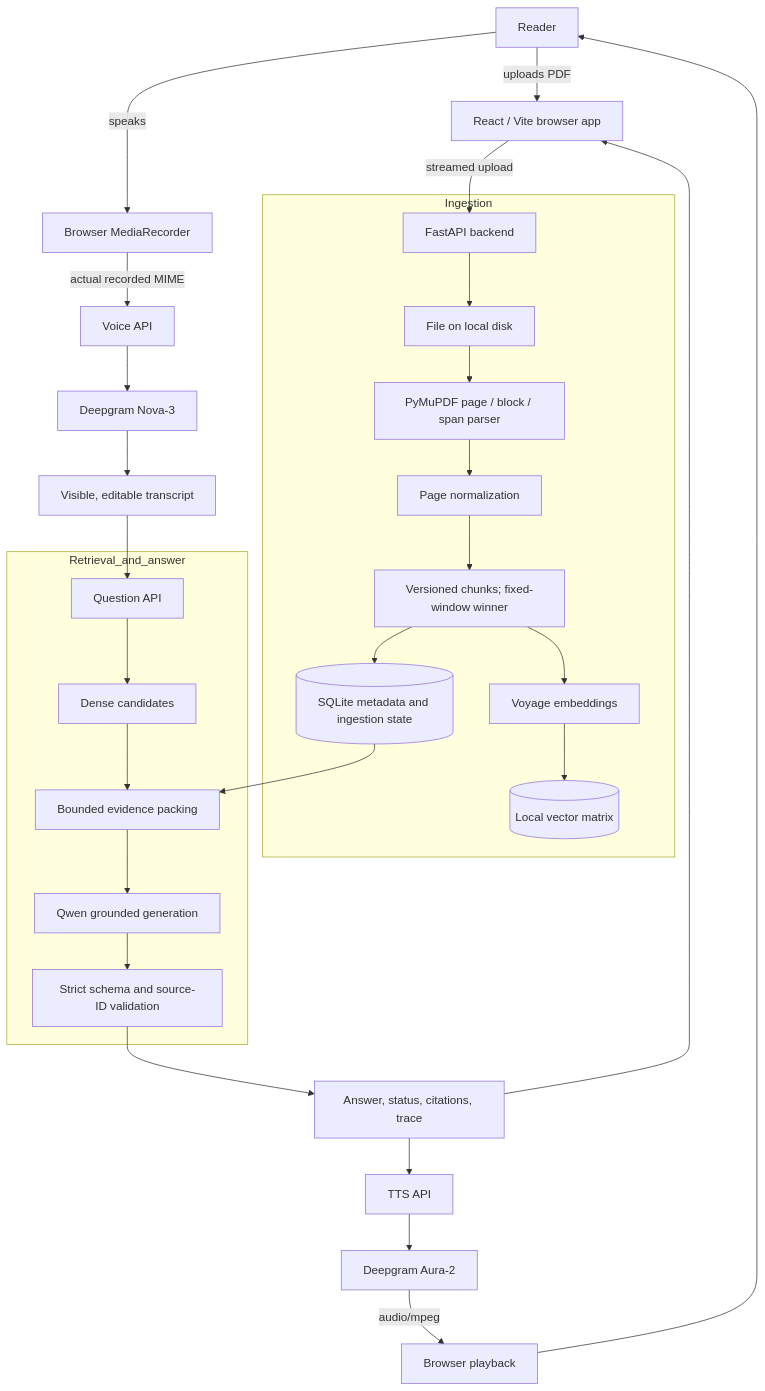
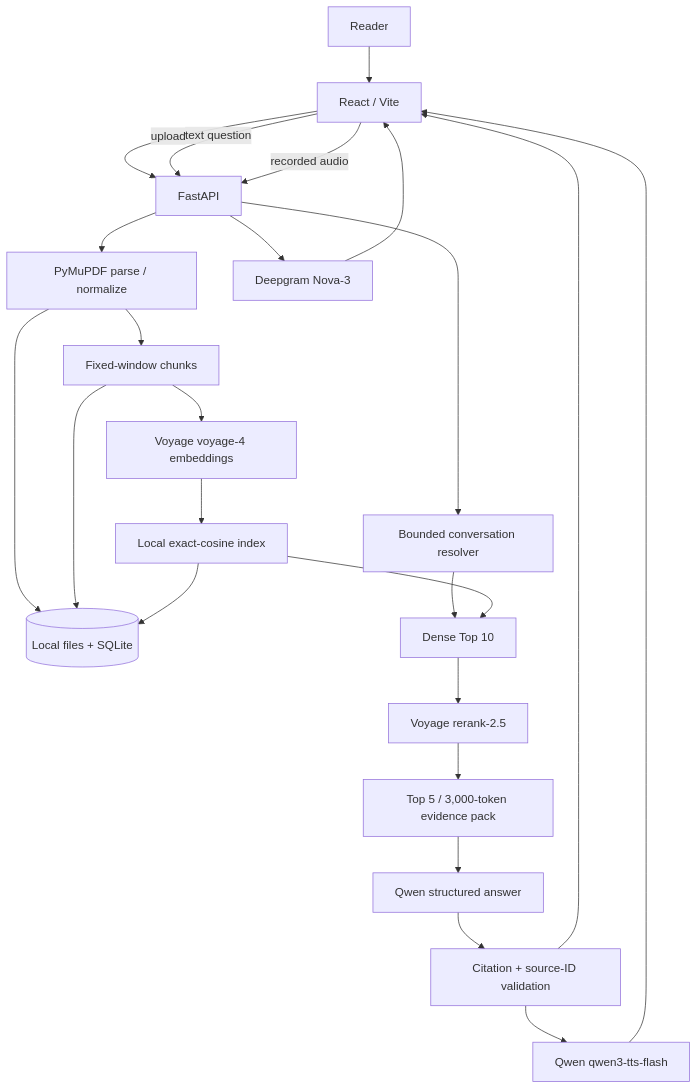
Before and after one commit to ccccjnnnn/wiz-ai-voice-book-qa: the diagram in docs/ARCHITECTURE.md, drawn with Mermaid. The commit also changed other lines of this file and 3 other files, not shown here.

````diff
--- a/docs/ARCHITECTURE.md
+++ b/docs/ARCHITECTURE.md
@@ -11,36 +7,30 @@
 ```mermaid
 flowchart TD
-    U[Reader] -->|uploads PDF| FE[React / Vite browser app]
-    FE -->|streamed upload| API[FastAPI backend]
+    USER[Reader]
+    FE[React / Vite]
+    API[FastAPI]
+    STORE[(Local files + SQLite)]
+    PARSE[PyMuPDF parse / normalize]
+    CHUNK[Fixed-window chunks]
+    EMB[Voyage voyage-4 embeddings]
+    INDEX[Local exact-cosine index]
+    RES[Bounded conversation resolver]
+    DENSE[Dense Top 10]
+    RERANK[Voyage rerank-2.5]
+    PACK[Top 5 / 3,000-token evidence pack]
+    QWEN[Qwen structured answer]
+    VALIDATE[Citation + source-ID validation]
+    ASR[Deepgram Nova-3]
+    TTS[Qwen qwen3-tts-flash]
 
-    subgraph Ingestion
-        API --> FILE[File on local disk]
-        FILE --> PARSE[PyMuPDF page / block / span parser]
-        PARSE --> STRUCT[Page normalization]
-        STRUCT --> CHUNK[Versioned chunks; fixed-window winner]
-        CHUNK --> META[(SQLite metadata and ingestion state)]
-        CHUNK --> EMB[Voyage embeddings]
-        EMB --> DENSE[(Local vector matrix)]
-    end
-
-    U -->|speaks| MIC[Browser MediaRecorder]
-    MIC -->|actual recorded MIME| ASRAPI[Voice API]
-    ASRAPI --> ASR[Deepgram Nova-3]
-    ASR --> TRANSCRIPT[Visible, editable transcript]
-    TRANSCRIPT --> QUERY[Question API]
-
-    subgraph Retrieval_and_answer
-        QUERY --> DR[Dense candidates]
-        DR --> PACK[Bounded evidence packing]
-        META --> PACK
-        PACK --> LLM[Qwen grounded generation]
-        LLM --> VALIDATE[Strict schema and source-ID validation]
-    end
-
-    VALIDATE --> RESULT[Answer, status, citations, trace]
-    RESULT --> FE
-    RESULT --> TTSAPI[TTS API]
-    TTSAPI --> TTS[Deepgram Aura-2]
-    TTS -->|audio/mpeg| PLAY[Browser playback]
-    PLAY --> U
+    USER --> FE
+    FE -->|upload| API --> PARSE --> CHUNK --> EMB --> INDEX
+    PARSE --> STORE
+    CHUNK --> STORE
+    INDEX --> STORE
+    FE -->|text question| API
+    FE -->|recorded audio| API --> ASR --> FE
+    API --> RES --> DENSE --> RERANK --> PACK --> QWEN --> VALIDATE --> FE
+    INDEX --> DENSE
+    VALIDATE --> TTS --> FE
 ```
````
